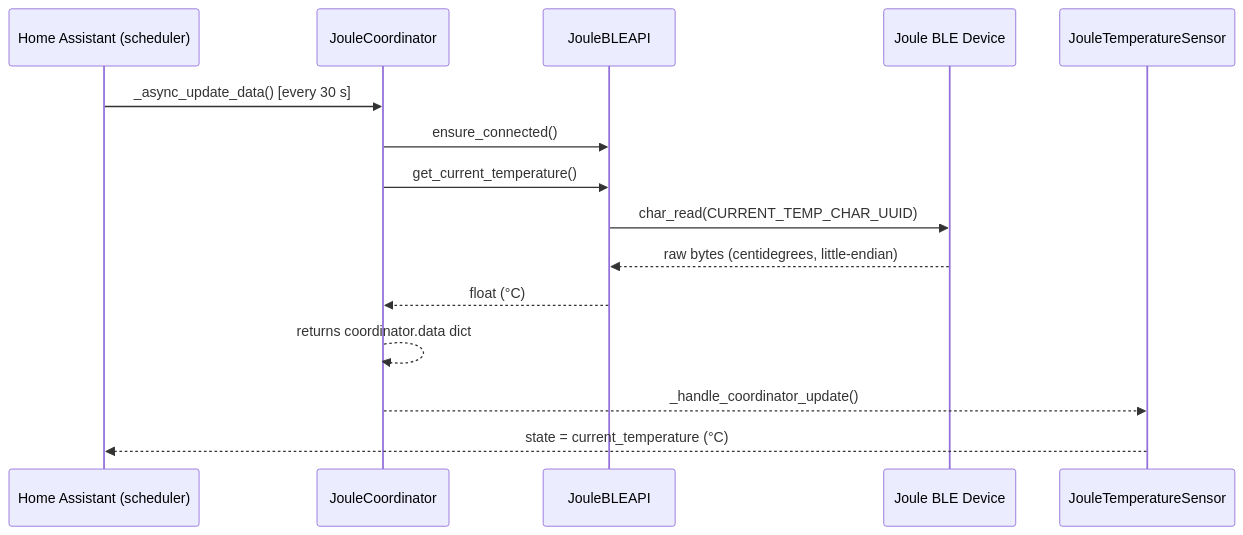
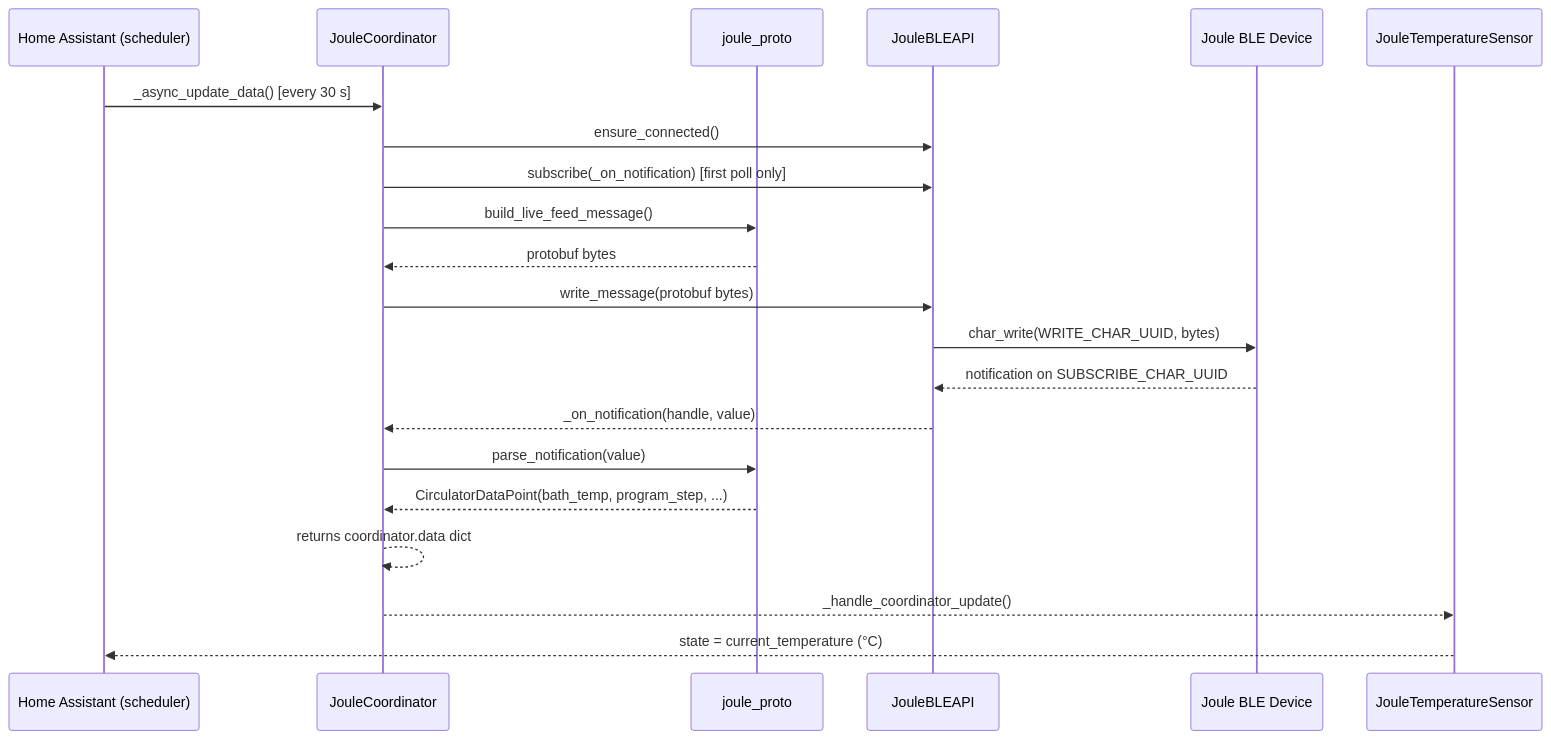
Before and after one commit to domgregori/ha-joule: the third of 3 diagrams in architecture/README.md, drawn with Mermaid. The commit also changed other lines of this file and 12 other files, not shown here.

First line of the commit message:
Add protobuf message layer and real BLE UUIDs for Joule communication

````diff
--- a/architecture/README.md
+++ b/architecture/README.md
@@ -120,18 +122,24 @@
 ```mermaid
 sequenceDiagram
     participant HA as Home Assistant (scheduler)
     participant COORD as JouleCoordinator
+    participant PROTO as joule_proto
     participant BLE as JouleBLEAPI
     participant DEV as Joule BLE Device
     participant SENSOR as JouleTemperatureSensor
 
     HA->>COORD: _async_update_data() [every 30 s]
     COORD->>BLE: ensure_connected()
-    COORD->>BLE: get_current_temperature()
-    BLE->>DEV: char_read(CURRENT_TEMP_CHAR_UUID)
-    DEV-->>BLE: raw bytes (centidegrees, little-endian)
-    BLE-->>COORD: float (°C)
+    COORD->>BLE: subscribe(_on_notification) [first poll only]
+    COORD->>PROTO: build_live_feed_message()
+    PROTO-->>COORD: protobuf bytes
+    COORD->>BLE: write_message(protobuf bytes)
+    BLE->>DEV: char_write(WRITE_CHAR_UUID, bytes)
+    DEV-->>BLE: notification on SUBSCRIBE_CHAR_UUID
+    BLE-->>COORD: _on_notification(handle, value)
+    COORD->>PROTO: parse_notification(value)
+    PROTO-->>COORD: CirculatorDataPoint(bath_temp, program_step, ...)
     COORD-->>COORD: returns coordinator.data dict
     COORD-->>SENSOR: _handle_coordinator_update()
     SENSOR-->>HA: state = current_temperature (°C)
 ```
````
